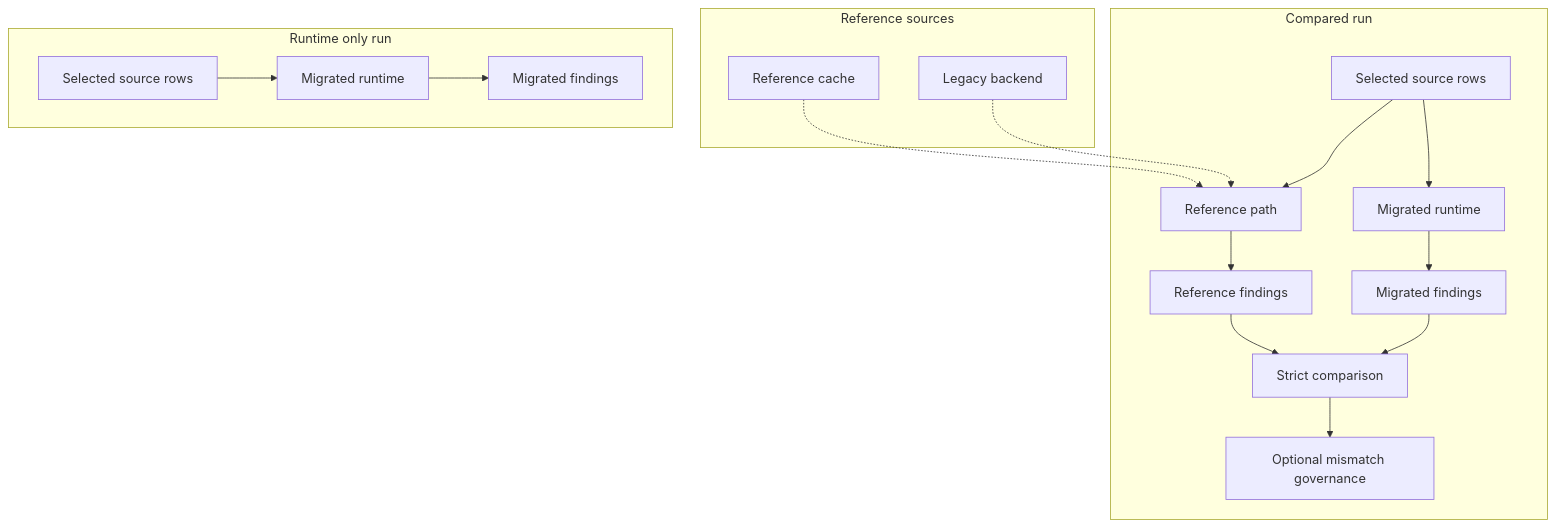
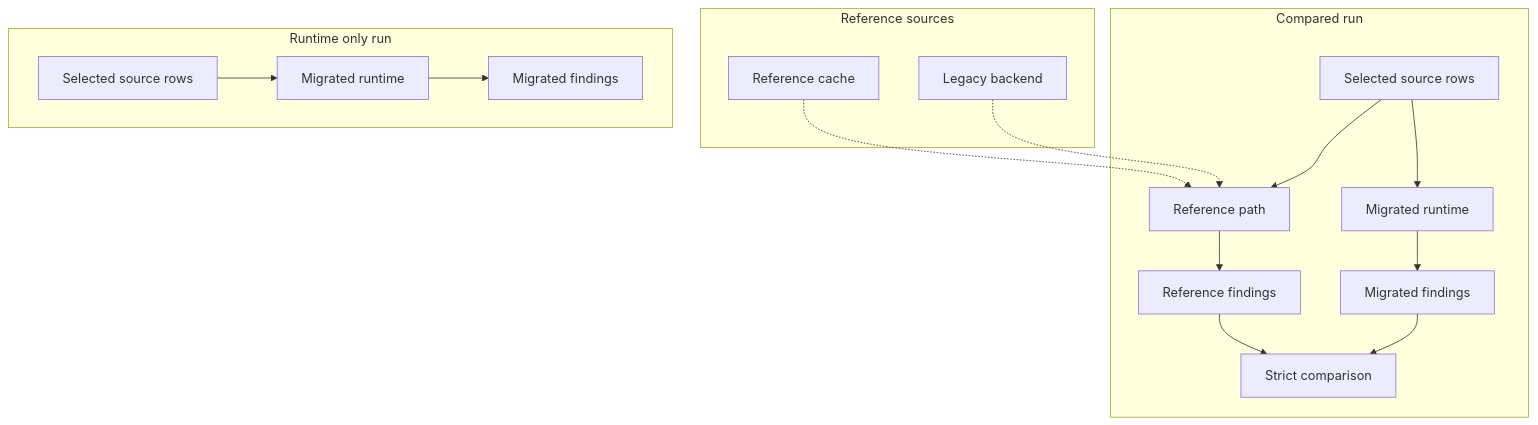
The diagram in docs/explanation/reference-data-and-parity.md (bobcorn/openfoodfacts-data-quality), drawn with Mermaid before and after one commit. The commit also changed other lines of this file and 30 other files, not shown here.

````diff
--- a/docs/explanation/reference-data-and-parity.md
+++ b/docs/explanation/reference-data-and-parity.md
@@ -44,34 +44,32 @@
 ```mermaid
 flowchart TB
     subgraph COMP["Compared run"]
         A["Selected source rows"]
         B["Reference path"]
         C["Migrated runtime"]
         D["Reference findings"]
         E["Migrated findings"]
         F["Strict comparison"]
-        G["Optional mismatch governance"]
         A --> B
         A --> C
         B --> D
         C --> E
         D --> F
         E --> F
-        F --> G
     end
 
     subgraph REF["Reference sources"]
         H["Reference cache"]
         I["Legacy backend"]
     end
 
     H -.-> B
     I -.-> B
 
     subgraph RTO["Runtime only run"]
         J["Selected source rows"]
         K["Migrated runtime"]
         L["Migrated findings"]
         J --> K --> L
     end
 ```
````
